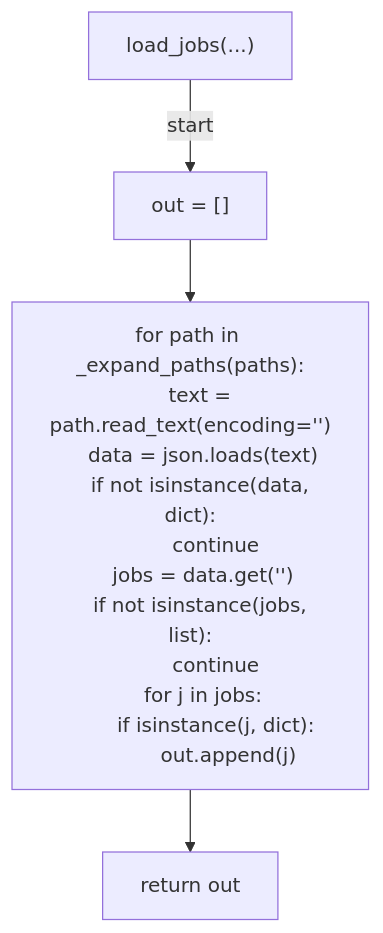
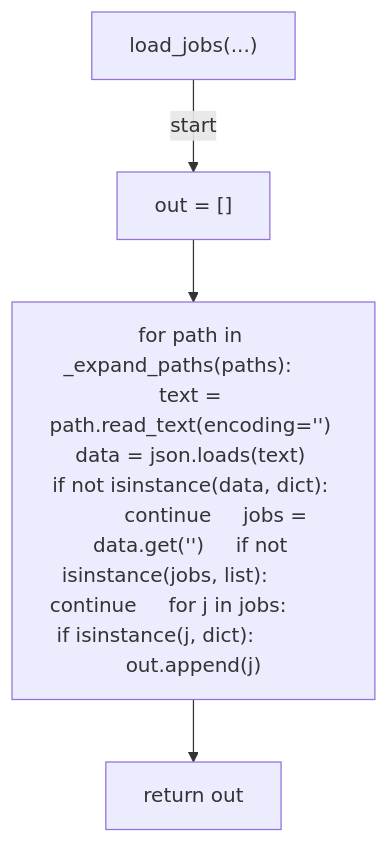
One commit to tvna/claude-md changed the sixth of 25 diagrams in docs/generated/scripts/ast/analyze_ci_timings.md. Above: the diagram before and after it, drawn with Mermaid. The commit also changed other lines of this file and 20 other files, not shown here.

First line of the commit message:
docs(generated): regenerate decision tree and workflow diagrams (batch 1/5)

````diff
--- a/docs/generated/scripts/ast/analyze_ci_timings.md
+++ b/docs/generated/scripts/ast/analyze_ci_timings.md
@@ -122,20 +118,10 @@
 ```mermaid
 flowchart TD
     N001["load_jobs(...)"]
     N002["out = []"]
-    N003["for path in _expand_paths(paths):
-    text = path.read_text(encoding='<str>')
-    data = json.loads(text)
-    if not isinstance(data, dict):
-        continue
-    jobs = data.get('<str>')
-    if not isinstance(jobs, list):
-        continue
-    for j in jobs:
-        if isinstance(j, dict):
-            out.append(j)"]
+    N003["for path in _expand_paths(paths):     text = path.read_text(encoding='<str>')     data = json.loads(text)     if not isinstance(data, dict):         continue     jobs = data.get('<str>')     if not isinstance(jobs, list):         continue     for j in jobs:         if isinstance(j, dict):             out.append(j)"]
     N004["return out"]
     N001 -->|"start"| N002
     N002 --> N003
     N003 --> N004
 ```
````
